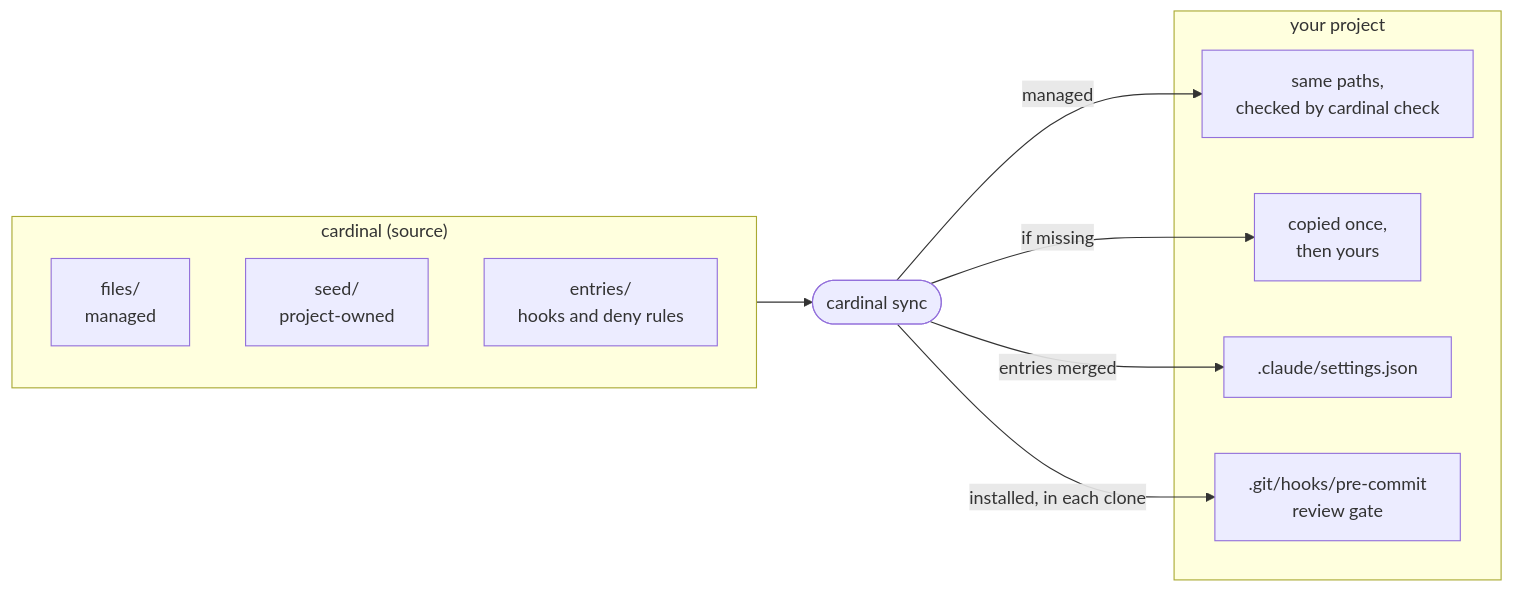
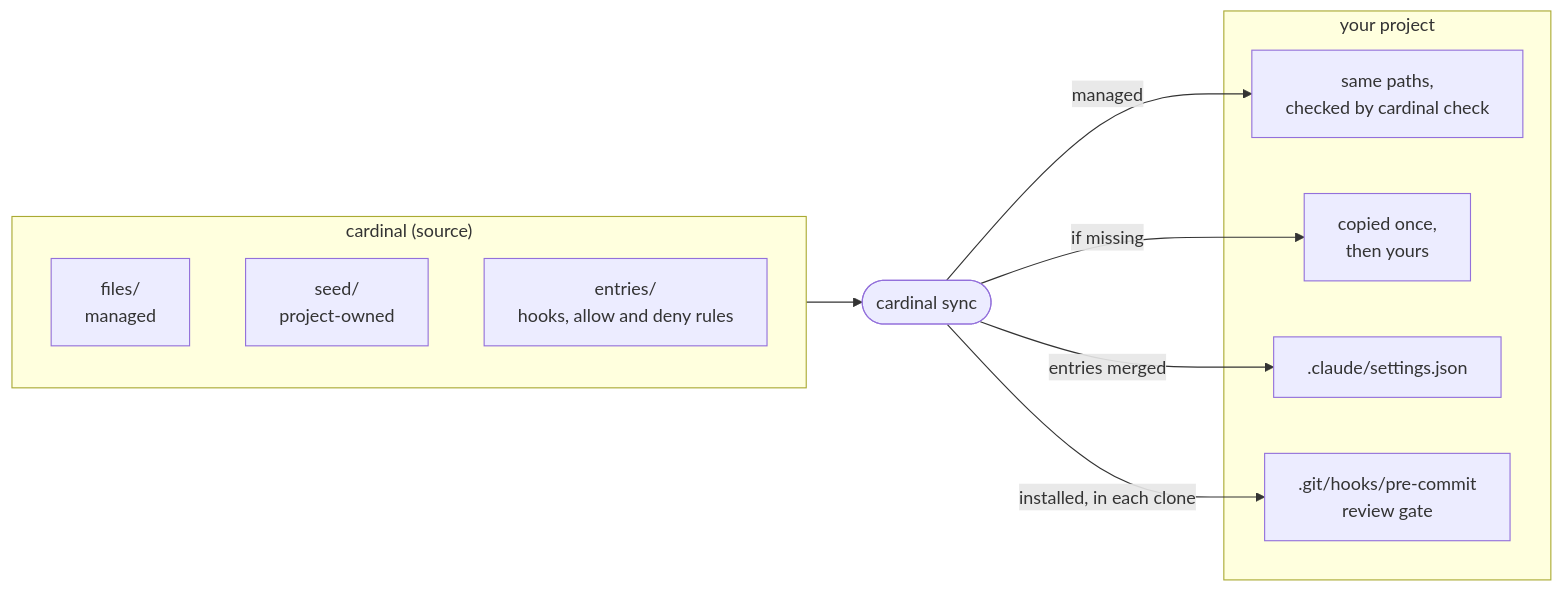
Before and after one commit to Electron-libre/agent-harness: the first of 2 diagrams in README.md, drawn with Mermaid. The commit also changed 13 other files, not shown here.

First line of the commit message:
feat(sync): manage the allow rules of the settings

````diff
--- a/README.md
+++ b/README.md
@@ -18,20 +18,20 @@
 ```mermaid
 flowchart LR
   subgraph source["cardinal (source)"]
     files["files/<br/>managed"]
     seed["seed/<br/>project-owned"]
-    entries["entries/<br/>hooks and deny rules"]
+    entries["entries/<br/>hooks, allow and deny rules"]
   end
   sync(["cardinal sync"])
   subgraph project["your project"]
     copies["same paths,<br/>checked by cardinal check"]
     owned["copied once,<br/>then yours"]
     settings[".claude/settings.json"]
     gate[".git/hooks/pre-commit<br/>review gate"]
   end
   source --> sync
   sync -->|managed| copies
   sync -->|if missing| owned
   sync -->|entries merged| settings
   sync -->|"installed, in each clone"| gate
 ```
````
